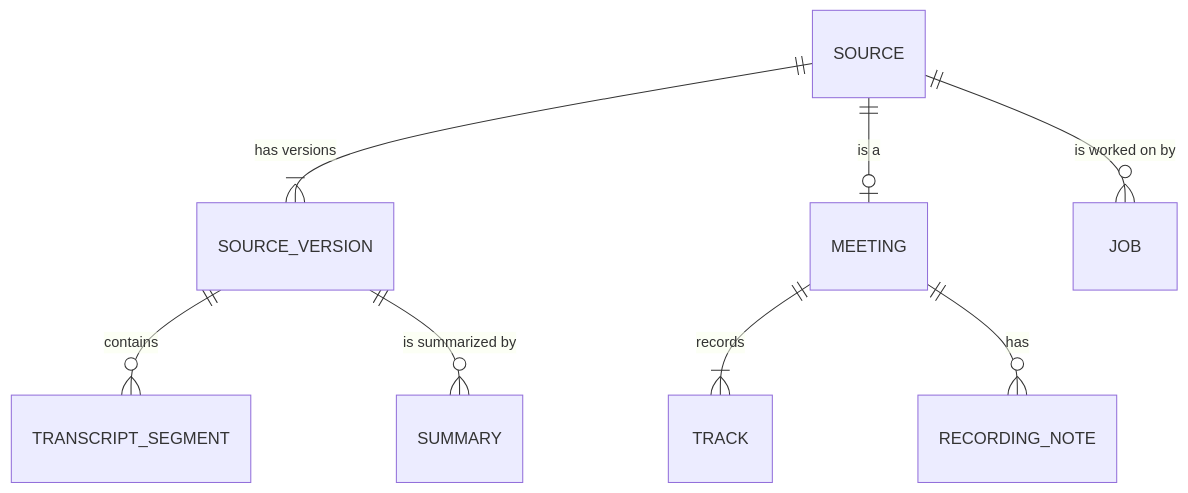
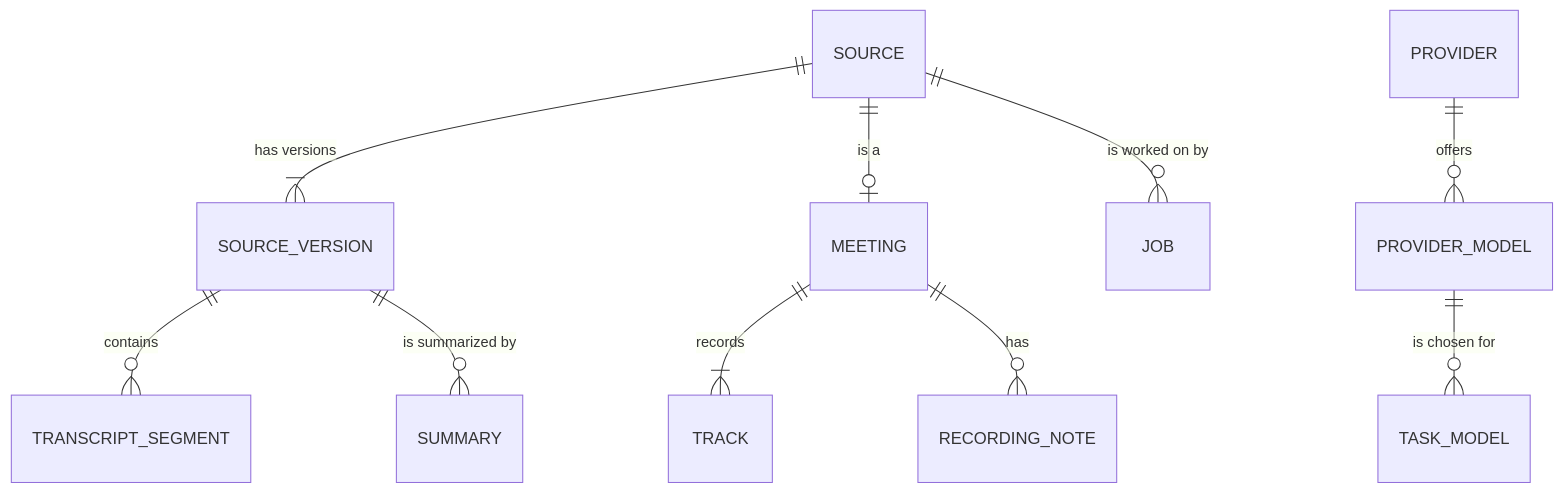
Before and after one commit to lorenzotricaricoo/Trama: the diagram in docs/architecture/data-model.md, drawn with Mermaid. The commit also changed other lines of this file and 21 other files, not shown here.

First line of the commit message:
feat(core): add LLM providers with a model per task (#49)

````diff
--- a/docs/architecture/data-model.md
+++ b/docs/architecture/data-model.md
@@ -59,10 +59,12 @@
 ```mermaid
 erDiagram
     SOURCE ||--|{ SOURCE_VERSION : "has versions"
     SOURCE ||--o| MEETING : "is a"
     SOURCE ||--o{ JOB : "is worked on by"
     MEETING ||--|{ TRACK : "records"
     MEETING ||--o{ RECORDING_NOTE : "has"
     SOURCE_VERSION ||--o{ TRANSCRIPT_SEGMENT : "contains"
     SOURCE_VERSION ||--o{ SUMMARY : "is summarized by"
+    PROVIDER ||--o{ PROVIDER_MODEL : "offers"
+    PROVIDER_MODEL ||--o{ TASK_MODEL : "is chosen for"
 ```
````
